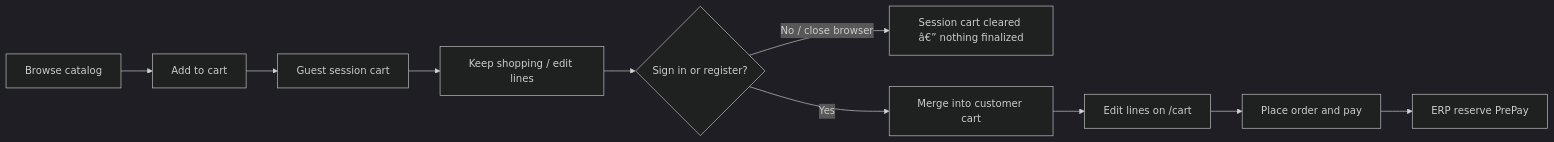
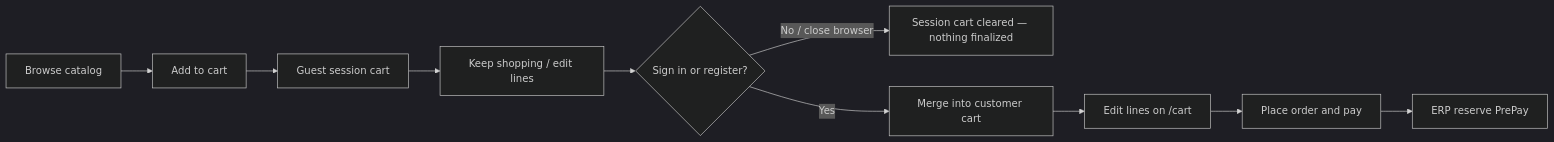
The third of 3 diagrams in docs/SPEC_WEB_STORE.md (adminsense/WebShopABMATIC), drawn with Mermaid (dark theme) before and after one commit. The commit also changed other lines of this file and 16 other files, not shown here.

````diff
--- a/docs/SPEC_WEB_STORE.md
+++ b/docs/SPEC_WEB_STORE.md
@@ -378,12 +378,12 @@
 ```mermaid
 flowchart LR
   Browse[Browse catalog] --> Add[Add to cart]
   Add --> GuestCart[Guest session cart]
   GuestCart --> More[Keep shopping / edit lines]
   More --> Gate{Sign in or register?}
-  Gate -->|No / close browser| Clear[Session cart cleared â€” nothing finalized]
+  Gate -->|No / close browser| Clear[Session cart cleared — nothing finalized]
   Gate -->|Yes| Merge[Merge into customer cart]
   Merge --> Edit[Edit lines on /cart]
   Edit --> Pay[Place order and pay]
   Pay --> Reserve[ERP reserve PrePay]
 ```
````
